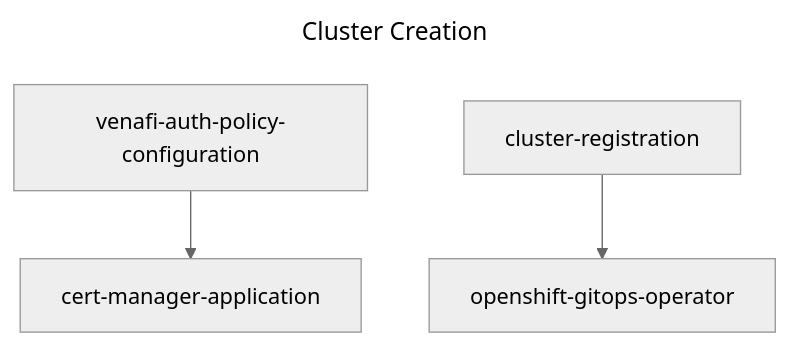
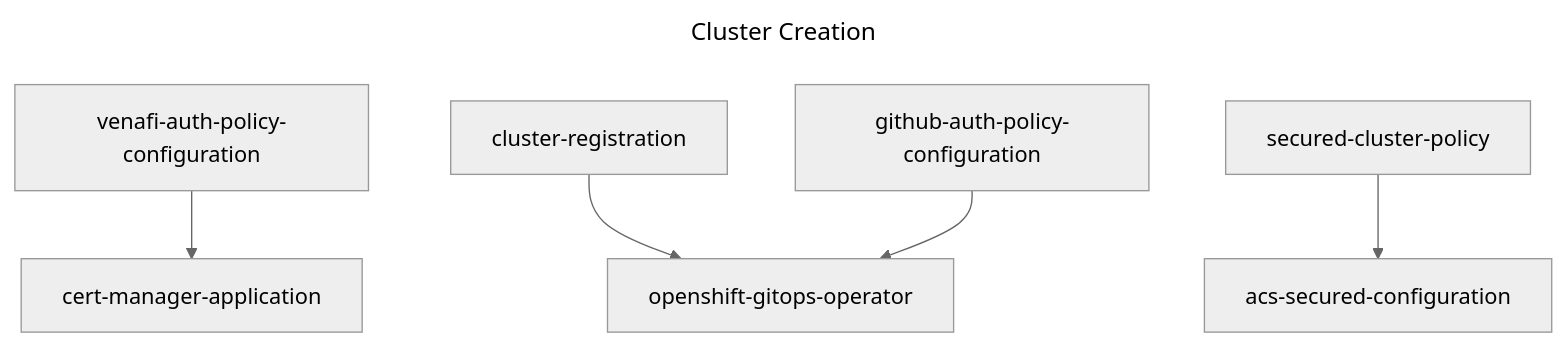
One commit to mmwillingham/acm changed the diagram in test-mermaid/test-mermaid.build.md. Above: the diagram before and after it, drawn with Mermaid (neutral theme). The commit also changed other lines of this file and 1 other file, not shown here.

````diff
--- a/test-mermaid/test-mermaid.build.md
+++ b/test-mermaid/test-mermaid.build.md
@@ -1,8 +2,10 @@
 ```mermaid
 ---
 title: Cluster Creation
 ---
 flowchart TD
     venafi-auth-policy-configuration --> cert-manager-application
     cluster-registration --> openshift-gitops-operator
+    github-auth-policy-configuration --> openshift-gitops-operator
+    secured-cluster-policy --> acs-secured-configuration
 ```
````
